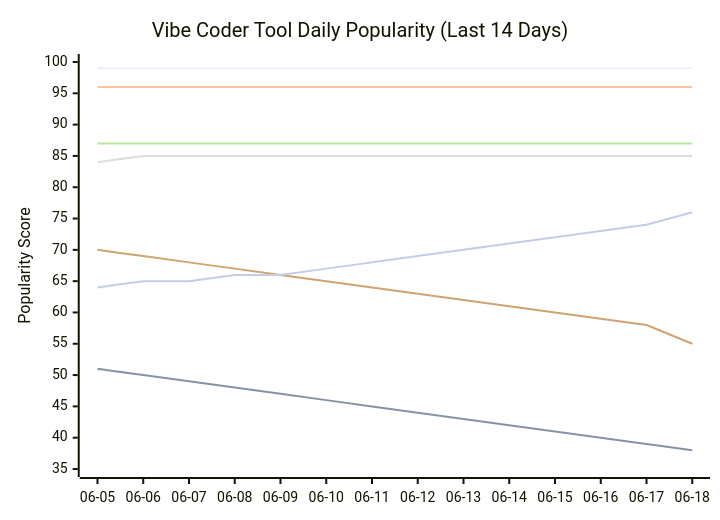
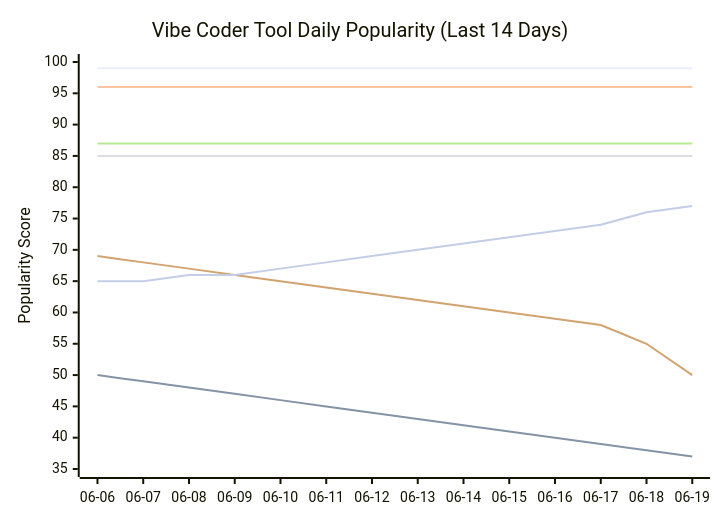
One commit to tykimos/ai-whatchelin changed the seventh of 11 diagrams in README.md. Above: the diagram before and after it, drawn with Mermaid. The commit also changed other lines of this file and 4 other files, not shown here.

````diff
--- a/README.md
+++ b/README.md
@@ -1646,13 +1654,13 @@
 ```mermaid
 xychart-beta
     title "Vibe Coder Tool Daily Popularity (Last 14 Days)"
-    x-axis ["06-05", "06-06", "06-07", "06-08", "06-09", "06-10", "06-11", "06-12", "06-13", "06-14", "06-15", "06-16", "06-17", "06-18"]
+    x-axis ["06-06", "06-07", "06-08", "06-09", "06-10", "06-11", "06-12", "06-13", "06-14", "06-15", "06-16", "06-17", "06-18", "06-19"]
     y-axis "Popularity Score" 35 --> 100
     line "Claude Code" [99, 99, 99, 99, 99, 99, 99, 99, 99, 99, 99, 99, 99, 99]
-    line "GH Copilot" [51, 50, 49, 48, 47, 46, 45, 44, 43, 42, 41, 40, 39, 38]
+    line "GH Copilot" [50, 49, 48, 47, 46, 45, 44, 43, 42, 41, 40, 39, 38, 37]
     line "Cursor" [96, 96, 96, 96, 96, 96, 96, 96, 96, 96, 96, 96, 96, 96]
-    line "Windsurf" [84, 85, 85, 85, 85, 85, 85, 85, 85, 85, 85, 85, 85, 85]
+    line "Windsurf" [85, 85, 85, 85, 85, 85, 85, 85, 85, 85, 85, 85, 85, 85]
     line "Codex CLI" [87, 87, 87, 87, 87, 87, 87, 87, 87, 87, 87, 87, 87, 87]
-    line "Gemini CLI" [70, 69, 68, 67, 66, 65, 64, 63, 62, 61, 60, 59, 58, 55]
-    line "Antigravity" [64, 65, 65, 66, 66, 67, 68, 69, 70, 71, 72, 73, 74, 76]
+    line "Gemini CLI" [69, 68, 67, 66, 65, 64, 63, 62, 61, 60, 59, 58, 55, 50]
+    line "Antigravity" [65, 65, 66, 66, 67, 68, 69, 70, 71, 72, 73, 74, 76, 77]
 ```
````
